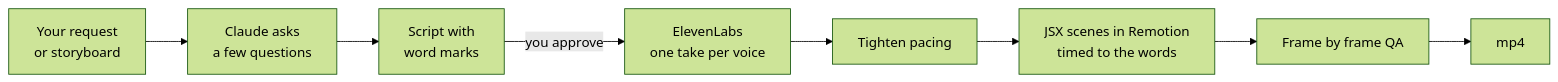
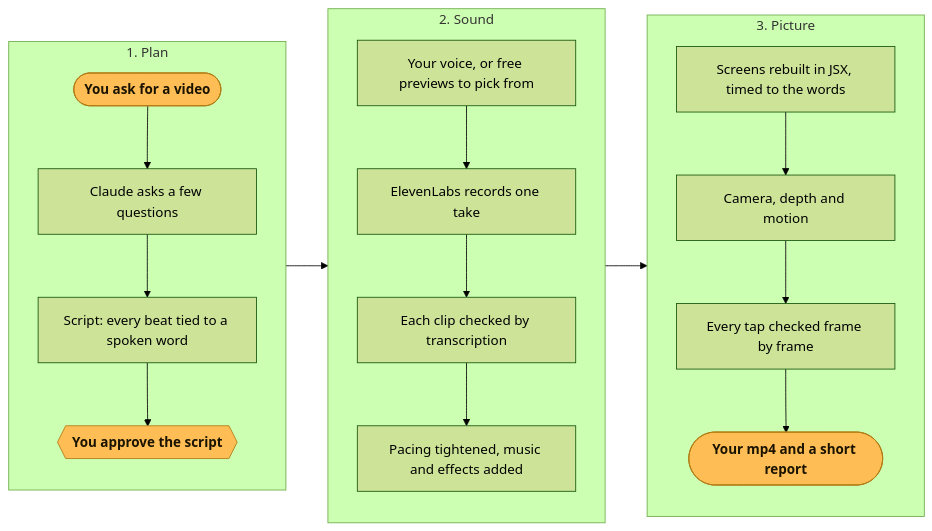
Before and after one commit to VisroliyaHimanshu/jsxmotion: the diagram in README.md, drawn with Mermaid (forest theme). The commit also changed other lines of this file, not shown here.

Commit message:
README: clearer How it works diagram, author website
The diagram was eight boxes in one long row, which GitHub shrinks until it
is hard to read, and it predated casting, the clip check, music and effects
and the look pass. It is now three short columns (Plan, Sound, Picture) with
the user's own steps (ask, approve the script, get the mp4) in amber. The
bullets gain "Looks finished" and mention the transcription check. The
license line and a footer link to himanshuvisroliya.me.

````diff
--- a/README.md
+++ b/README.md
@@ -36,10 +36,24 @@
 ```mermaid
 flowchart LR
-  A[Your request<br/>or storyboard] --> B[Claude asks<br/>a few questions]
-  B --> C[Script with<br/>word marks]
-  C -->|you approve| D[ElevenLabs<br/>one take per voice]
-  D --> E[Tighten pacing]
-  E --> F[JSX scenes in Remotion<br/>timed to the words]
-  F --> G[Frame by frame QA]
-  G --> H[mp4]
+  subgraph plan ["1. Plan"]
+    direction TB
+    A(["You ask for a video"]) --> B["Claude asks a few questions"]
+    B --> C["Script: every beat tied to a spoken word"]
+    C --> D{{"You approve the script"}}
+  end
+  subgraph sound ["2. Sound"]
+    direction TB
+    E["Your voice, or free previews to pick from"] --> F["ElevenLabs records one take"]
+    F --> G["Each clip checked by transcription"]
+    G --> H["Pacing tightened, music and effects added"]
+  end
+  subgraph picture ["3. Picture"]
+    direction TB
+    I["Screens rebuilt in JSX, timed to the words"] --> J["Camera, depth and motion"]
+    J --> K["Every tap checked frame by frame"]
+    K --> L(["Your mp4 and a short report"])
+  end
+  plan --> sound --> picture
+  classDef you fill:#ffbe55,stroke:#b07a12,color:#1a1300,font-weight:bold
+  class A,D,L you
 ```
````
